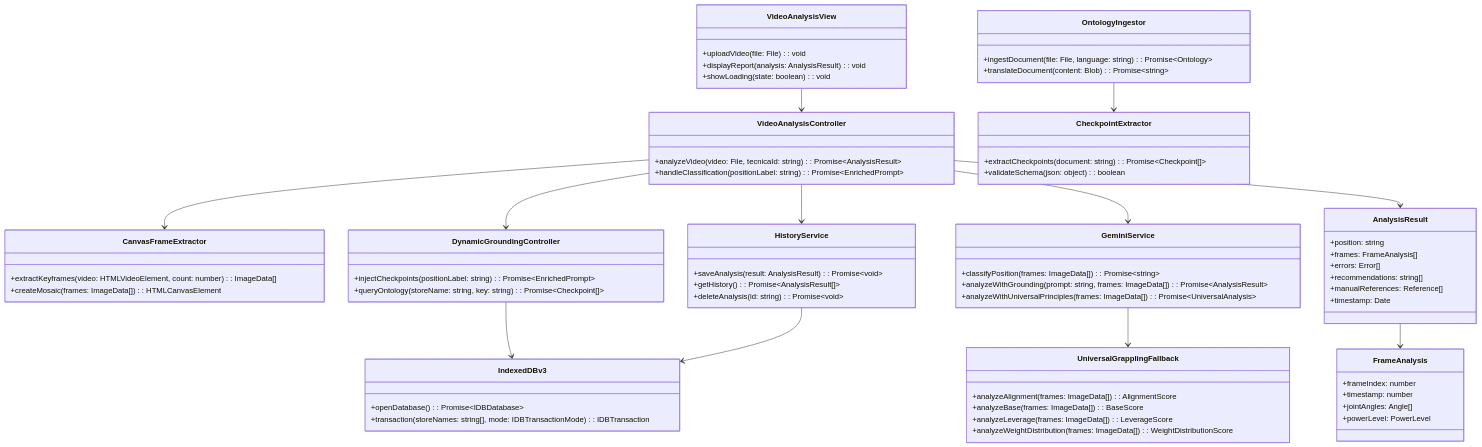
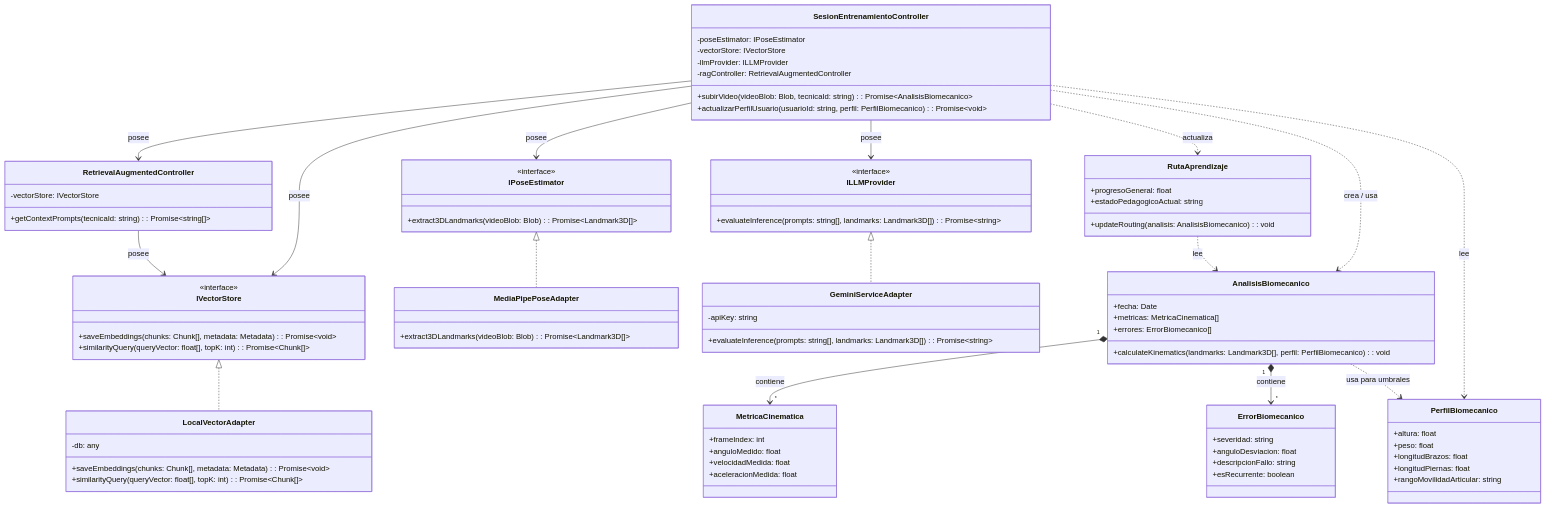
Before and after one commit to Tsmrain/Documentacion: the fifth of 6 diagrams in README.md, drawn with Mermaid. The commit also changed other lines of this file, not shown here.

````diff
--- a/README.md
+++ b/README.md
@@ -779,85 +939,96 @@
 ```mermaid
 classDiagram
-    class VideoAnalysisView {
-        +uploadVideo(file: File): void
-        +displayReport(analysis: AnalysisResult): void
-        +showLoading(state: boolean): void
+    class IPoseEstimator {
+        <<interface>>
+        +extract3DLandmarks(videoBlob: Blob): Promise~Landmark3D[]~
+    }
+    class IVectorStore {
+        <<interface>>
+        +saveEmbeddings(chunks: Chunk[], metadata: Metadata): Promise~void~
+        +similarityQuery(queryVector: float[], topK: int): Promise~Chunk[]~
+    }
+    class ILLMProvider {
+        <<interface>>
+        +evaluateInference(prompts: string[], landmarks: Landmark3D[]): Promise~string~
     }
 
-    class VideoAnalysisController {
-        +analyzeVideo(video: File, tecnicaId: string): Promise~AnalysisResult~
-        +handleClassification(positionLabel: string): Promise~EnrichedPrompt~
+    class MediaPipePoseAdapter {
+        +extract3DLandmarks(videoBlob: Blob): Promise~Landmark3D[]~
+    }
+    class LocalVectorAdapter {
+        -db: any
+        +saveEmbeddings(chunks: Chunk[], metadata: Metadata): Promise~void~
+        +similarityQuery(queryVector: float[], topK: int): Promise~Chunk[]~
+    }
+    class GeminiServiceAdapter {
+        -apiKey: string
+        +evaluateInference(prompts: string[], landmarks: Landmark3D[]): Promise~string~
     }
 
-    class OntologyIngestor {
-        +ingestDocument(file: File, language: string): Promise~Ontology~
-        +translateDocument(content: Blob): Promise~string~
+    IPoseEstimator <|.. MediaPipePoseAdapter
+    IVectorStore <|.. LocalVectorAdapter
+    ILLMProvider <|.. GeminiServiceAdapter
+
+    class RetrievalAugmentedController {
+        -vectorStore: IVectorStore
+        +getContextPrompts(tecnicaId: string): Promise~string[]~
     }
 
-    class CheckpointExtractor {
-        +extractCheckpoints(document: string): Promise~Checkpoint[]~
-        +validateSchema(json: object): boolean
+    class SesionEntrenamientoController {
+        -poseEstimator: IPoseEstimator
+        -vectorStore: IVectorStore
+        -llmProvider: ILLMProvider
+        -ragController: RetrievalAugmentedController
+        +subirVideo(videoBlob: Blob, tecnicaId: string): Promise~AnalisisBiomecanico~
+        +actualizarPerfilUsuario(usuarioId: string, perfil: PerfilBiomecanico): Promise~void~
     }
 
-    class CanvasFrameExtractor {
-        +extractKeyframes(video: HTMLVideoElement, count: number): ImageData[]
-        +createMosaic(frames: ImageData[]): HTMLCanvasElement
+    class AnalisisBiomecanico {
+        +fecha: Date
+        +metricas: MetricaCinematica[]
+        +errores: ErrorBiomecanico[]
+        +calculateKinematics(landmarks: Landmark3D[], perfil: PerfilBiomecanico): void
     }
 
-    class DynamicGroundingController {
-        +injectCheckpoints(positionLabel: string): Promise~EnrichedPrompt~
-        +queryOntology(storeName: string, key: string): Promise~Checkpoint[]~
+    class MetricaCinematica {
+        +frameIndex: int
+        +anguloMedido: float
+        +velocidadMedida: float
+        +aceleracionMedida: float
     }
 
-    class GeminiService {
-        +classifyPosition(frames: ImageData[]): Promise~string~
-        +analyzeWithGrounding(prompt: string, frames: ImageData[]): Promise~AnalysisResult~
-        +analyzeWithUniversalPrinciples(frames: ImageData[]): Promise~UniversalAnalysis~
+    class ErrorBiomecanico {
+        +severidad: string
+        +anguloDesviacion: float
+        +descripcionFallo: string
+        +esRecurrente: boolean
     }
 
-    class UniversalGrapplingFallback {
-        +analyzeAlignment(frames: ImageData[]): AlignmentScore
-        +analyzeBase(frames: ImageData[]): BaseScore
-        +analyzeLeverage(frames: ImageData[]): LeverageScore
-        +analyzeWeightDistribution(frames: ImageData[]): WeightDistributionScore
+    class PerfilBiomecanico {
+        +altura: float
+        +peso: float
+        +longitudBrazos: float
+        +longitudPiernas: float
+        +rangoMovilidadArticular: string
     }
 
-    class HistoryService {
-        +saveAnalysis(result: AnalysisResult): Promise~void~
-        +getHistory(): Promise~AnalysisResult[]~
-        +deleteAnalysis(id: string): Promise~void~
+    class RutaAprendizaje {
+        +progresoGeneral: float
+        +estadoPedagogicoActual: string
+        +updateRouting(analisis: AnalisisBiomecanico): void
     }
 
-    class IndexedDBv3 {
-        +openDatabase(): Promise~IDBDatabase~
-        +transaction(storeNames: string[], mode: IDBTransactionMode): IDBTransaction
-    }
+    SesionEntrenamientoController --> IPoseEstimator : posee
+    SesionEntrenamientoController --> IVectorStore : posee
+    SesionEntrenamientoController --> ILLMProvider : posee
+    SesionEntrenamientoController --> RetrievalAugmentedController : posee
+    RetrievalAugmentedController --> IVectorStore : posee
 
-    class AnalysisResult {
-        +position: string
-        +frames: FrameAnalysis[]
-        +errors: Error[]
-        +recommendations: string[]
-        +manualReferences: Reference[]
-        +timestamp: Date
-    }
-
-    class FrameAnalysis {
-        +frameIndex: number
-        +timestamp: number
-        +jointAngles: Angle[]
-        +powerLevel: PowerLevel
-    }
-
-    VideoAnalysisView --> VideoAnalysisController
-    VideoAnalysisController --> CanvasFrameExtractor
-    VideoAnalysisController --> DynamicGroundingController
-    VideoAnalysisController --> GeminiService
-    VideoAnalysisController --> HistoryService
-    OntologyIngestor --> CheckpointExtractor
-    DynamicGroundingController --> IndexedDBv3
-    GeminiService --> UniversalGrapplingFallback
-    HistoryService --> IndexedDBv3
-    VideoAnalysisController --> AnalysisResult
-    AnalysisResult --> FrameAnalysis
+    SesionEntrenamientoController ..> AnalisisBiomecanico : crea / usa
+    SesionEntrenamientoController ..> RutaAprendizaje : actualiza
+    RutaAprendizaje ..> AnalisisBiomecanico : lee
+    AnalisisBiomecanico "1" *--> "*" MetricaCinematica : contiene
+    AnalisisBiomecanico "1" *--> "*" ErrorBiomecanico : contiene
+    SesionEntrenamientoController ..> PerfilBiomecanico : lee
+    AnalisisBiomecanico ..> PerfilBiomecanico : usa para umbrales
 ```
````
